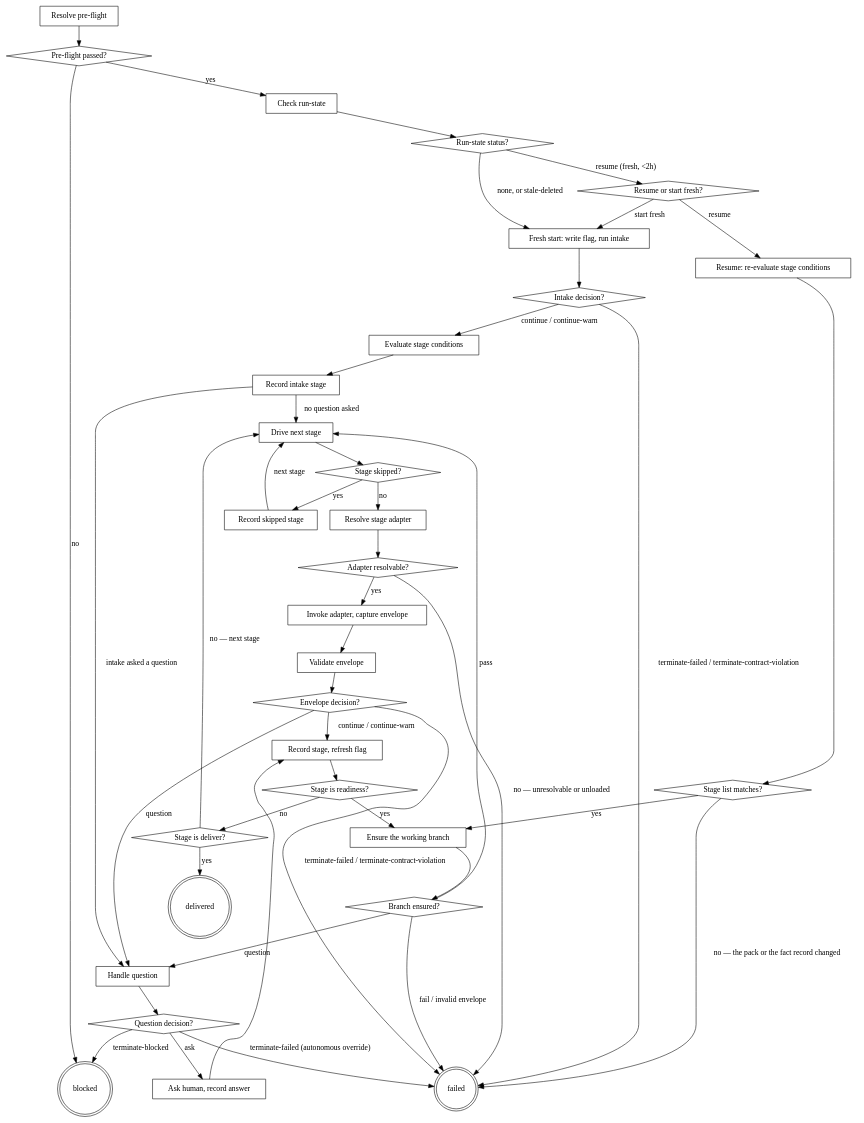
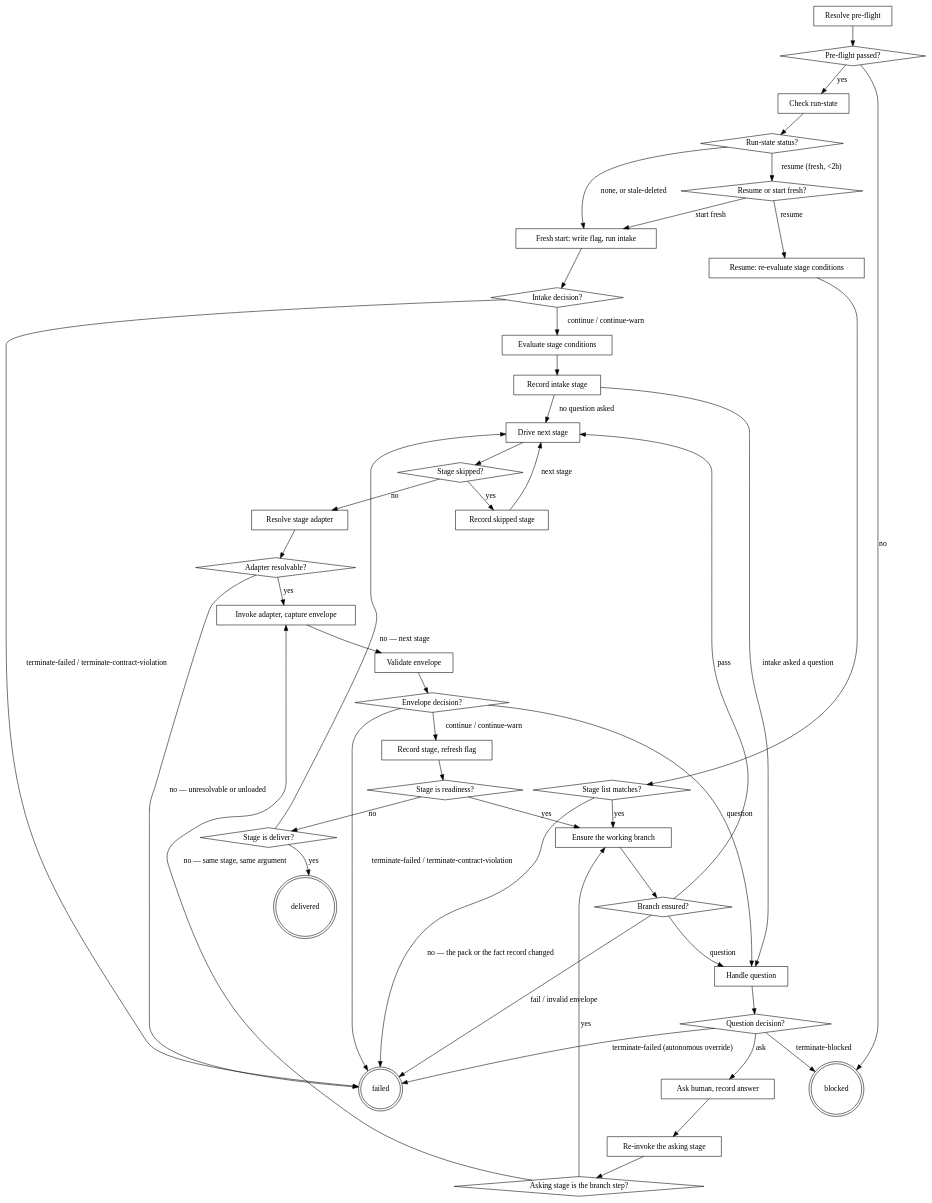
One commit to agenticDraft/aem-eds-ai-workflow-demo changed the diagram in plugins/agentic-core/skills/run-route/SKILL.md. Above: the diagram before and after it, drawn with Graphviz. The commit also changed other lines of this file and 10 other files, not shown here.

First line of the commit message:
The stage that asked a question is re-invoked with the answer

````diff
--- a/plugins/agentic-core/skills/run-route/SKILL.md
+++ b/plugins/agentic-core/skills/run-route/SKILL.md
@@ -234,6 +237,8 @@
     "Handle question" [shape=box];
     "Question decision?" [shape=diamond];
     "Ask human, record answer" [shape=box];
+    "Re-invoke the asking stage" [shape=box];
+    "Asking stage is the branch step?" [shape=diamond];
     "blocked" [shape=doublecircle];
     "failed" [shape=doublecircle];
     "delivered" [shape=doublecircle];
@@ -280,6 +285,9 @@
     "Question decision?" -> "Ask human, record answer" [label="ask"];
     "Question decision?" -> "blocked" [label="terminate-blocked"];
     "Question decision?" -> "failed" [label="terminate-failed (autonomous override)"];
-    "Ask human, record answer" -> "Record stage, refresh flag";
+    "Ask human, record answer" -> "Re-invoke the asking stage";
+    "Re-invoke the asking stage" -> "Asking stage is the branch step?";
+    "Asking stage is the branch step?" -> "Ensure the working branch" [label="yes"];
+    "Asking stage is the branch step?" -> "Invoke adapter, capture envelope" [label="no — same stage, same argument"];
 }
 ```
````
